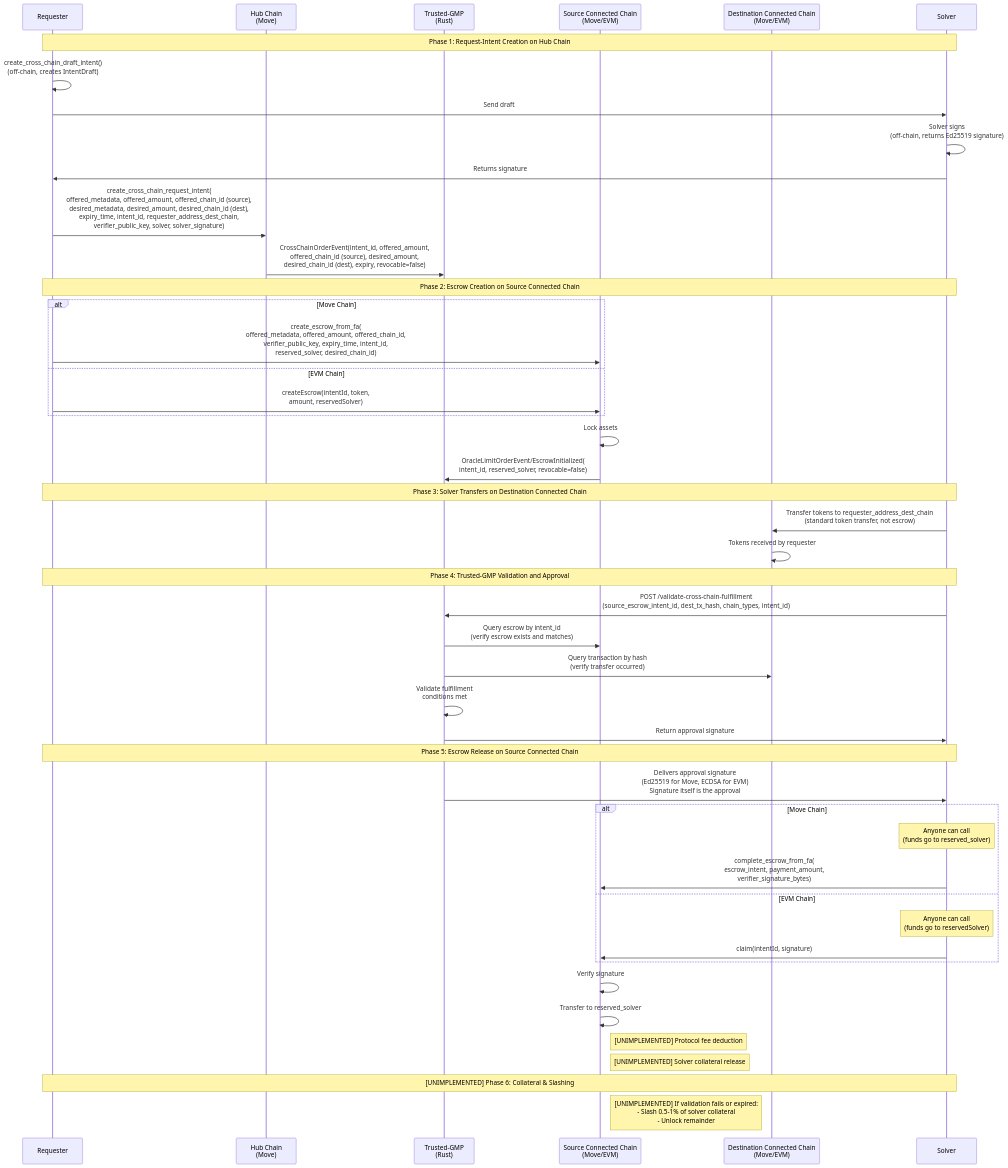
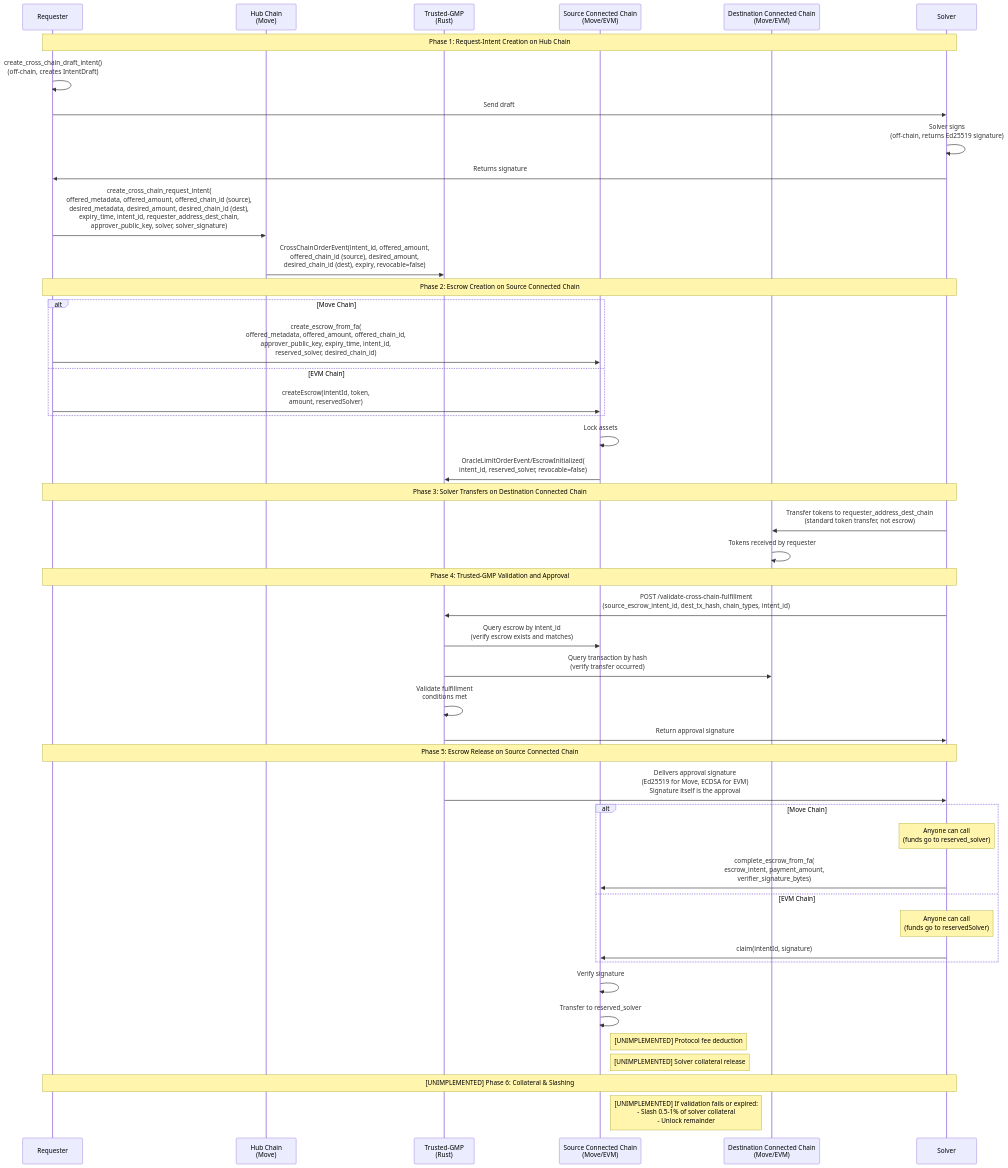
One commit to MoveIndustries/int3nts changed the diagram in docs/architecture/conception/architecture-diff.md. Above: the diagram before and after it, drawn with Mermaid. The commit also changed other lines of this file and 66 other files, not shown here.

First line of the commit message:
refactor: rename verifier→approver across MVM, EVM, SVM, and trusted-gmp config

````diff
--- a/docs/architecture/conception/architecture-diff.md
+++ b/docs/architecture/conception/architecture-diff.md
@@ -89,54 +89,54 @@
 ```mermaid
 sequenceDiagram
     participant Requester
     participant Hub as Hub Chain<br/>(Move)
     participant TrustedGMP as Trusted-GMP<br/>(Rust)
     participant Source as Source Connected Chain<br/>(Move/EVM)
     participant Dest as Destination Connected Chain<br/>(Move/EVM)
     participant Solver
 
     Note over Requester,Solver: Phase 1: Request-Intent Creation on Hub Chain
     Requester->>Requester: create_cross_chain_draft_intent()<br/>(off-chain, creates IntentDraft)
     Requester->>Solver: Send draft
     Solver->>Solver: Solver signs<br/>(off-chain, returns Ed25519 signature)
     Solver->>Requester: Returns signature
-    Requester->>Hub: create_cross_chain_request_intent(<br/>offered_metadata, offered_amount, offered_chain_id (source),<br/>desired_metadata, desired_amount, desired_chain_id (dest),<br/>expiry_time, intent_id, requester_address_dest_chain,<br/>verifier_public_key, solver, solver_signature)
+    Requester->>Hub: create_cross_chain_request_intent(<br/>offered_metadata, offered_amount, offered_chain_id (source),<br/>desired_metadata, desired_amount, desired_chain_id (dest),<br/>expiry_time, intent_id, requester_address_dest_chain,<br/>approver_public_key, solver, solver_signature)
     Hub->>TrustedGMP: CrossChainOrderEvent(intent_id, offered_amount,<br/>offered_chain_id (source), desired_amount,<br/>desired_chain_id (dest), expiry, revocable=false)
 
     Note over Requester,Solver: Phase 2: Escrow Creation on Source Connected Chain
     alt Move Chain
-        Requester->>Source: create_escrow_from_fa(<br/>offered_metadata, offered_amount, offered_chain_id,<br/>verifier_public_key, expiry_time, intent_id,<br/>reserved_solver, desired_chain_id)
+        Requester->>Source: create_escrow_from_fa(<br/>offered_metadata, offered_amount, offered_chain_id,<br/>approver_public_key, expiry_time, intent_id,<br/>reserved_solver, desired_chain_id)
     else EVM Chain
         Requester->>Source: createEscrow(intentId, token,<br/>amount, reservedSolver)
     end
     Source->>Source: Lock assets
     Source->>TrustedGMP: OracleLimitOrderEvent/EscrowInitialized(<br/>intent_id, reserved_solver, revocable=false)
 
     Note over Requester,Solver: Phase 3: Solver Transfers on Destination Connected Chain
     Solver->>Dest: Transfer tokens to requester_address_dest_chain<br/>(standard token transfer, not escrow)
     Dest->>Dest: Tokens received by requester
 
     Note over Requester,Solver: Phase 4: Trusted-GMP Validation and Approval
     Solver->>TrustedGMP: POST /validate-cross-chain-fulfillment<br/>(source_escrow_intent_id, dest_tx_hash, chain_types, intent_id)
     TrustedGMP->>Source: Query escrow by intent_id<br/>(verify escrow exists and matches)
     TrustedGMP->>Dest: Query transaction by hash<br/>(verify transfer occurred)
     TrustedGMP->>TrustedGMP: Validate fulfillment<br/>conditions met
     TrustedGMP->>Solver: Return approval signature
 
     Note over Requester,Solver: Phase 5: Escrow Release on Source Connected Chain
     TrustedGMP->>Solver: Delivers approval signature<br/>(Ed25519 for Move, ECDSA for EVM)<br/>Signature itself is the approval
     alt Move Chain
         Note over Solver: Anyone can call<br/>(funds go to reserved_solver)
         Solver->>Source: complete_escrow_from_fa(<br/>escrow_intent, payment_amount,<br/>verifier_signature_bytes)
     else EVM Chain
         Note over Solver: Anyone can call<br/>(funds go to reservedSolver)
         Solver->>Source: claim(intentId, signature)
     end
     Source->>Source: Verify signature
     Source->>Source: Transfer to reserved_solver
     Note right of Source: [UNIMPLEMENTED] Protocol fee deduction
     Note right of Source: [UNIMPLEMENTED] Solver collateral release
 
     Note over Requester,Solver: [UNIMPLEMENTED] Phase 6: Collateral & Slashing
     Note right of Source: [UNIMPLEMENTED] If validation fails or expired:<br/>- Slash 0.5-1% of solver collateral<br/>- Unlock remainder
 ```
````
